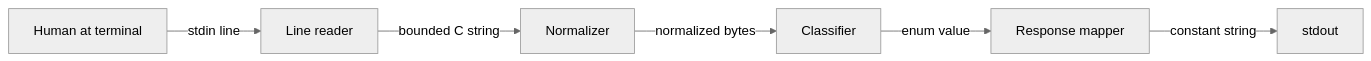
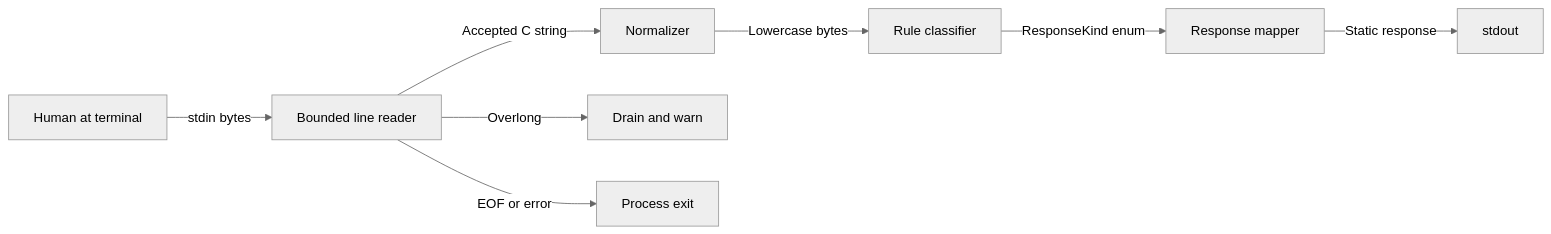
One commit to Brajesh31/chatbot-C- changed the first of 2 diagrams in docs/system-design.md. Above: the diagram before and after it, drawn with Mermaid (neutral theme). The commit also changed other lines of this file and 4 other files, not shown here.

Commit message:
Expand architecture, data flow, security and maintenance documentation

```diff
--- a/docs/system-design.md
+++ b/docs/system-design.md
@@ -16,8 +20,10 @@
 ~~~mermaid
 flowchart LR
- U[Human at terminal] -->|stdin line| R[Line reader]
- R -->|bounded C string| N[Normalizer]
- N -->|normalized bytes| C[Classifier]
- C -->|enum value| M[Response mapper]
- M -->|constant string| O[stdout]
+ U[Human at terminal] -->|stdin bytes| R[Bounded line reader]
+ R -->|Accepted C string| N[Normalizer]
+ N -->|Lowercase bytes| C[Rule classifier]
+ C -->|ResponseKind enum| M[Response mapper]
+ M -->|Static response| O[stdout]
+ R -->|Overlong| D[Drain and warn]
+ R -->|EOF or error| X[Process exit]
 ~~~
```
